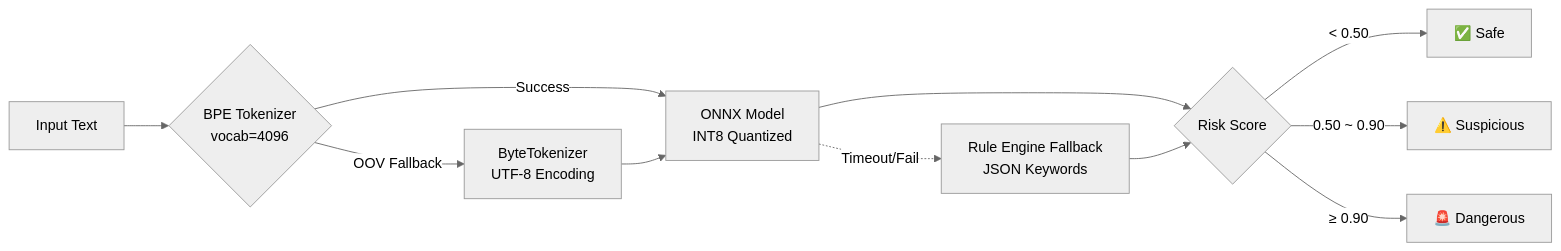
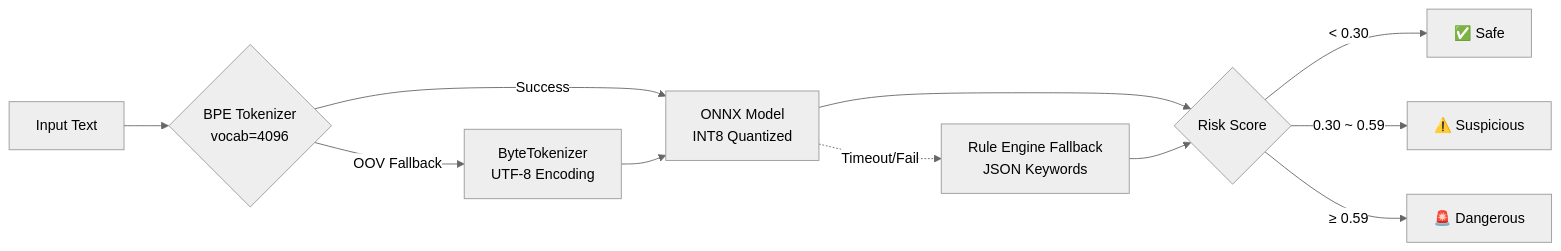
One commit to Tianshang301/TianshangGuard changed the second of 4 diagrams in README.md. Above: the diagram before and after it, drawn with Mermaid (neutral theme). The commit also changed other lines of this file and 15 other files, not shown here.

````diff
--- a/README.md
+++ b/README.md
@@ -141,13 +147,13 @@
 ```mermaid
 flowchart LR
     A[Input Text] --> B{BPE Tokenizer<br/>vocab=4096}
     B -->|Success| C[ONNX Model<br/>INT8 Quantized]
     B -->|OOV Fallback| D[ByteTokenizer<br/>UTF-8 Encoding]
     D --> C
     C --> E{Risk Score}
-    E -->|< 0.50| F[✅ Safe]
-    E -->|0.50 ~ 0.90| G[⚠️ Suspicious]
-    E -->|≥ 0.90| H[🚨 Dangerous]
+    E -->|< 0.30| F[✅ Safe]
+    E -->|0.30 ~ 0.59| G[⚠️ Suspicious]
+    E -->|≥ 0.59| H[🚨 Dangerous]
     C -.->|Timeout/Fail| I[Rule Engine Fallback<br/>JSON Keywords]
     I --> E
 ```
````
